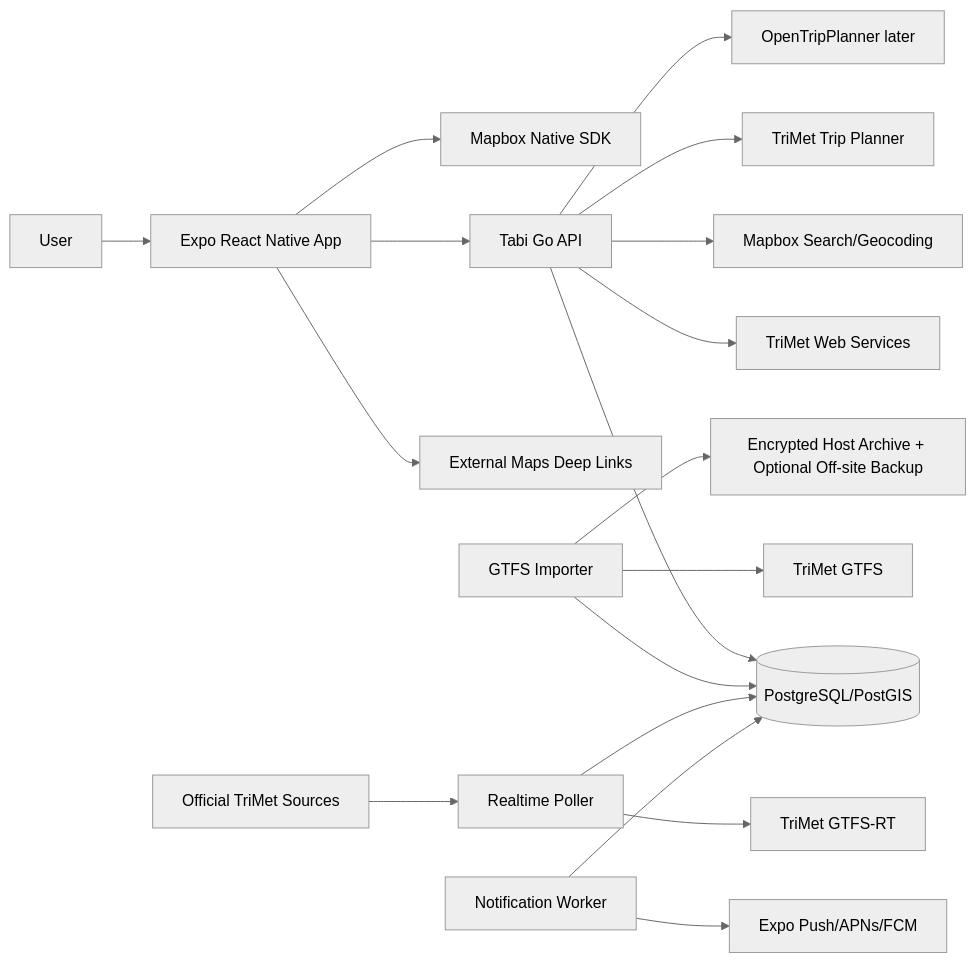
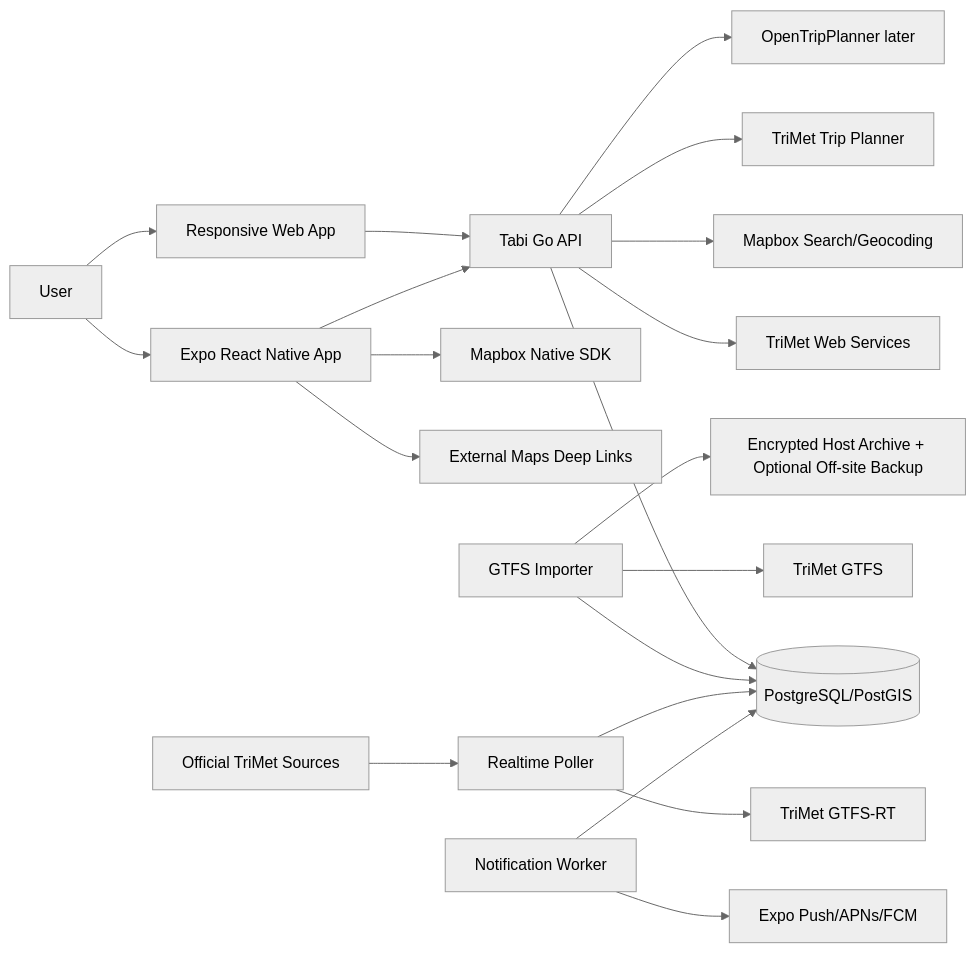
The diagram in docs/implementation-plan/02_SYSTEM_ARCHITECTURE.md (toozej/tabi-transit), drawn with Mermaid (neutral theme) before and after one commit. The commit also changed other lines of this file and 60 other files, not shown here.

Commit message:
feat: add responsive web application

````diff
--- a/docs/implementation-plan/02_SYSTEM_ARCHITECTURE.md
+++ b/docs/implementation-plan/02_SYSTEM_ARCHITECTURE.md
@@ -28,20 +28,22 @@
 ```mermaid
 flowchart LR
+  User --> Web[Responsive Web App]
   User --> Mobile[Expo React Native App]
+  Web --> API
   Mobile --> Mapbox[Mapbox Native SDK]
   Mobile --> API[Tabi Go API]
   Mobile --> Links[External Maps Deep Links]
   API --> PG[(PostgreSQL/PostGIS)]
   API --> TriMet[TriMet Web Services]
   API --> Search[Mapbox Search/Geocoding]
   API --> Planner[TriMet Trip Planner]
   Importer[GTFS Importer] --> GTFS[TriMet GTFS]
   Importer --> PG
   Importer --> Archive[Encrypted Host Archive + Optional Off-site Backup]
   Poller[Realtime Poller] --> RT[TriMet GTFS-RT]
   Poller --> PG
   Worker[Notification Worker] --> Push[Expo Push/APNs/FCM]
   Worker --> PG
   Approved[Official TriMet Sources] --> Poller
   API --> OTP[OpenTripPlanner later]
 ```
````
